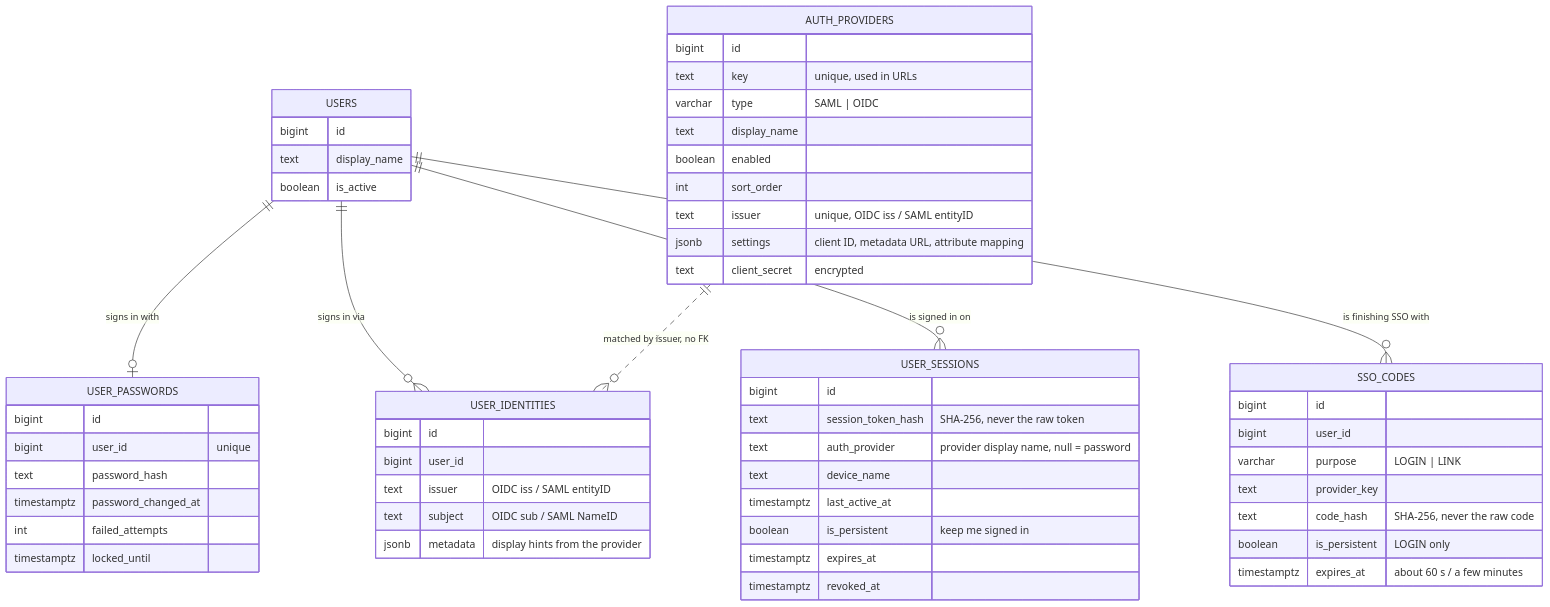
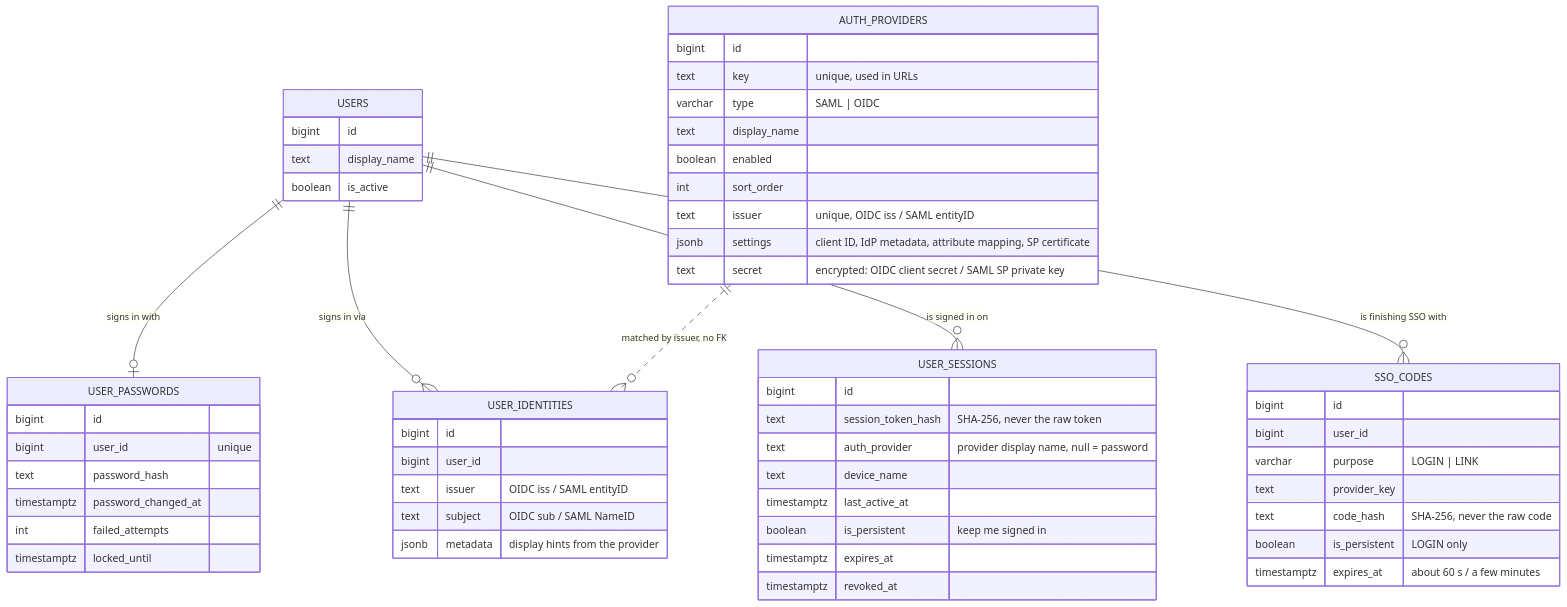
One commit to openshelves-labs/openshelves changed the first of 7 diagrams in docs/api-design/01-auth-sessions.md. Above: the diagram before and after it, drawn with Mermaid. The commit also changed other lines of this file and 16 other files, not shown here.

Commit message:
feat: implement SSO support with OIDC and SAML, including cookie management and provider registration

````diff
--- a/docs/api-design/01-auth-sessions.md
+++ b/docs/api-design/01-auth-sessions.md
@@ -32,59 +32,59 @@
 ```mermaid
 erDiagram
     USERS ||--o| USER_PASSWORDS : "signs in with"
     USERS ||--o{ USER_IDENTITIES : "signs in via"
     USERS ||--o{ USER_SESSIONS : "is signed in on"
     USERS ||--o{ SSO_CODES : "is finishing SSO with"
     AUTH_PROVIDERS ||..o{ USER_IDENTITIES : "matched by issuer, no FK"
 
     USERS {
         bigint id
         text display_name
         boolean is_active
     }
     USER_PASSWORDS {
         bigint id
         bigint user_id "unique"
         text password_hash
         timestamptz password_changed_at
         int failed_attempts
         timestamptz locked_until
     }
     AUTH_PROVIDERS {
         bigint id
         text key "unique, used in URLs"
         varchar type "SAML | OIDC"
         text display_name
         boolean enabled
         int sort_order
         text issuer "unique, OIDC iss / SAML entityID"
-        jsonb settings "client ID, metadata URL, attribute mapping"
-        text client_secret "encrypted"
+        jsonb settings "client ID, IdP metadata, attribute mapping, SP certificate"
+        text secret "encrypted: OIDC client secret / SAML SP private key"
     }
     USER_IDENTITIES {
         bigint id
         bigint user_id
         text issuer "OIDC iss / SAML entityID"
         text subject "OIDC sub / SAML NameID"
         jsonb metadata "display hints from the provider"
     }
     SSO_CODES {
         bigint id
         bigint user_id
         varchar purpose "LOGIN | LINK"
         text provider_key
         text code_hash "SHA-256, never the raw code"
         boolean is_persistent "LOGIN only"
         timestamptz expires_at "about 60 s / a few minutes"
     }
     USER_SESSIONS {
         bigint id
         text session_token_hash "SHA-256, never the raw token"
         text auth_provider "provider display name, null = password"
         text device_name
         timestamptz last_active_at
         boolean is_persistent "keep me signed in"
         timestamptz expires_at
         timestamptz revoked_at
     }
 ```
````
